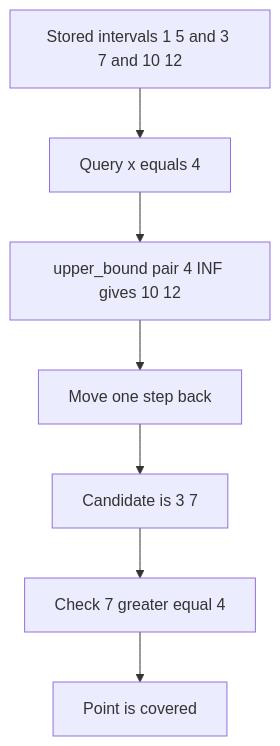
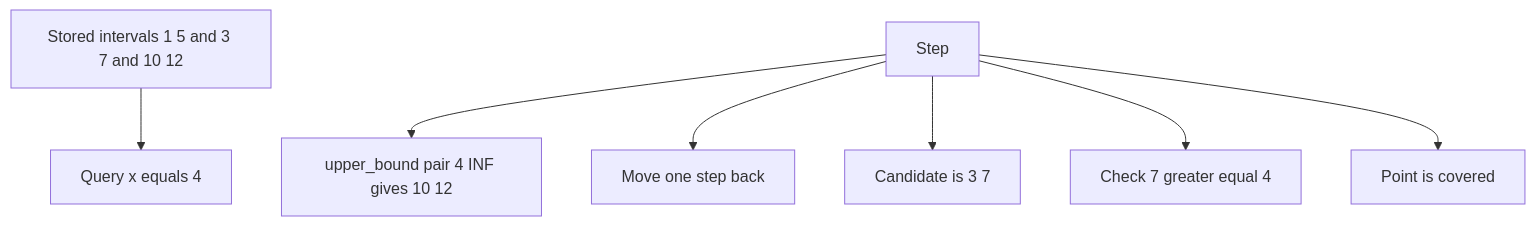
Before and after one commit to mthaiseer/springcloud-systemdesign-notes: the fourth of 35 diagrams in CP_DSA_NOTES/001_TOPIC_WISE/001_STL_RANGE_QUERY_SWEEPLINE.md, drawn with Mermaid. The commit also changed other lines of this file and 1 other file, not shown here.

````diff
--- a/CP_DSA_NOTES/001_TOPIC_WISE/001_STL_RANGE_QUERY_SWEEPLINE.md
+++ b/CP_DSA_NOTES/001_TOPIC_WISE/001_STL_RANGE_QUERY_SWEEPLINE.md
@@ -268,9 +268,9 @@
 ```mermaid
 flowchart TD
-    A["Stored intervals 1 5 and 3 7 and 10 12"] --> B["Query x equals 4"]
-    B --> C["upper_bound pair 4 INF gives 10 12"]
-    C --> D["Move one step back"]
-    D --> E["Candidate is 3 7"]
-    E --> F["Check 7 greater equal 4"]
-    F --> G["Point is covered"]
+    N1["Stored intervals 1 5 and 3 7 and 10 12"] --> N2["Query x equals 4"]
+    N3["Step"] --> N4["upper_bound pair 4 INF gives 10 12"]
+    N3["Step"] --> N5["Move one step back"]
+    N3["Step"] --> N6["Candidate is 3 7"]
+    N3["Step"] --> N7["Check 7 greater equal 4"]
+    N3["Step"] --> N8["Point is covered"]
 ```
````
